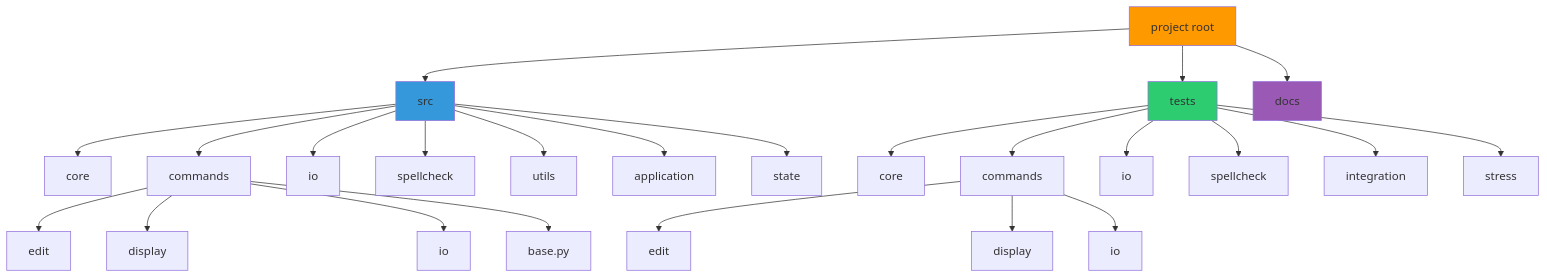
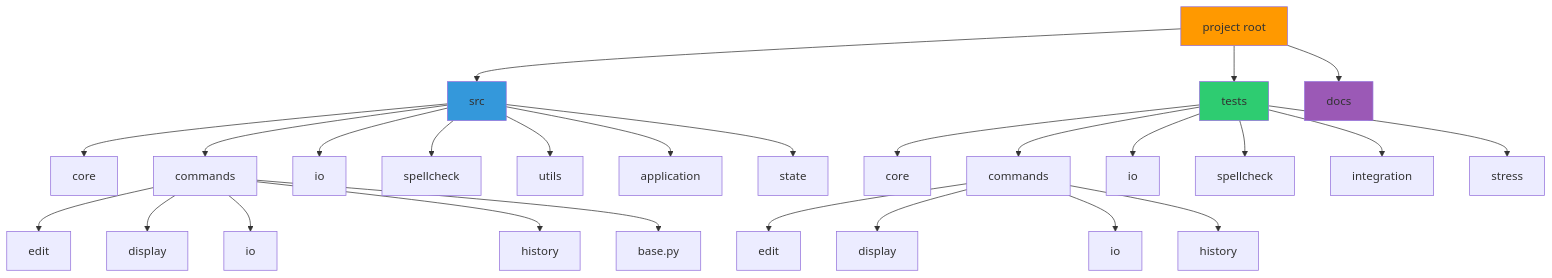
Before and after one commit to KiritoFD/OOP_lab1: the eighth of 8 diagrams in docs/complete_project_diagram.md, drawn with Mermaid. The commit also changed other lines of this file and 5 other files, not shown here.

````diff
--- a/docs/complete_project_diagram.md
+++ b/docs/complete_project_diagram.md
@@ -434,56 +446,58 @@
 ```mermaid
 graph TB
     Root["project root"]
     
     Src["src"]
     Core["core"]
     Commands["commands"]
     IO["io"]
     SpellCheck["spellcheck"]
     Utils["utils"]
     App["application"]
     State["state"]
     
     Tests["tests"]
     CoreTests["core"]
     CommandTests["commands"]
     IOTests["io"]
     SpellcheckTests["spellcheck"]
     IntegrationTests["integration"]
     StressTests["stress"]
     
     Docs["docs"]
     
     Root --> Src
     Root --> Tests
     Root --> Docs
     
     Src --> Core
     Src --> Commands
     Src --> IO
     Src --> SpellCheck
     Src --> Utils
     Src --> App
     Src --> State
     
     Commands --> EditCommands["edit"]
     Commands --> DisplayCommands["display"]
     Commands --> IOCommands["io"]
+    Commands --> CommandHistory["history"]
     Commands --> CommandBase["base.py"]
     
     Tests --> CoreTests
     Tests --> CommandTests
     Tests --> IOTests
     Tests --> SpellcheckTests
     Tests --> IntegrationTests
     Tests --> StressTests
     
     CommandTests --> EditTests["edit"]
     CommandTests --> DisplayTests["display"]
     CommandTests --> IOCmdTests["io"]
+    CommandTests --> HistoryTests["history"]
     
     style Root fill:#ff9900
     style Src fill:#3498db
     style Tests fill:#2ecc71
     style Docs fill:#9b59b6
 ```
````
